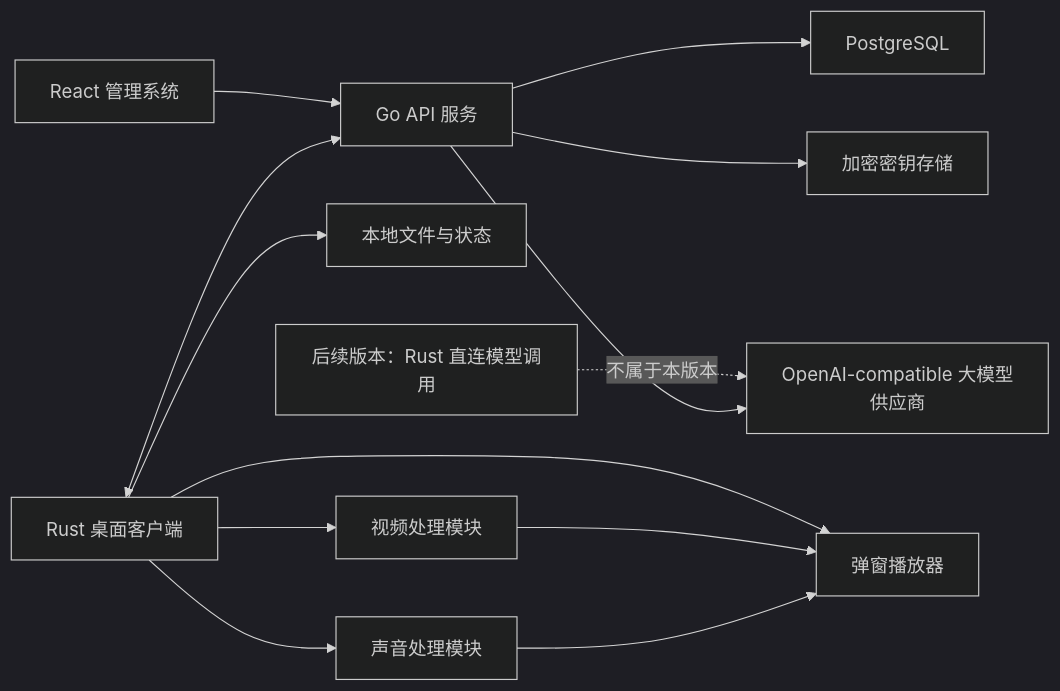
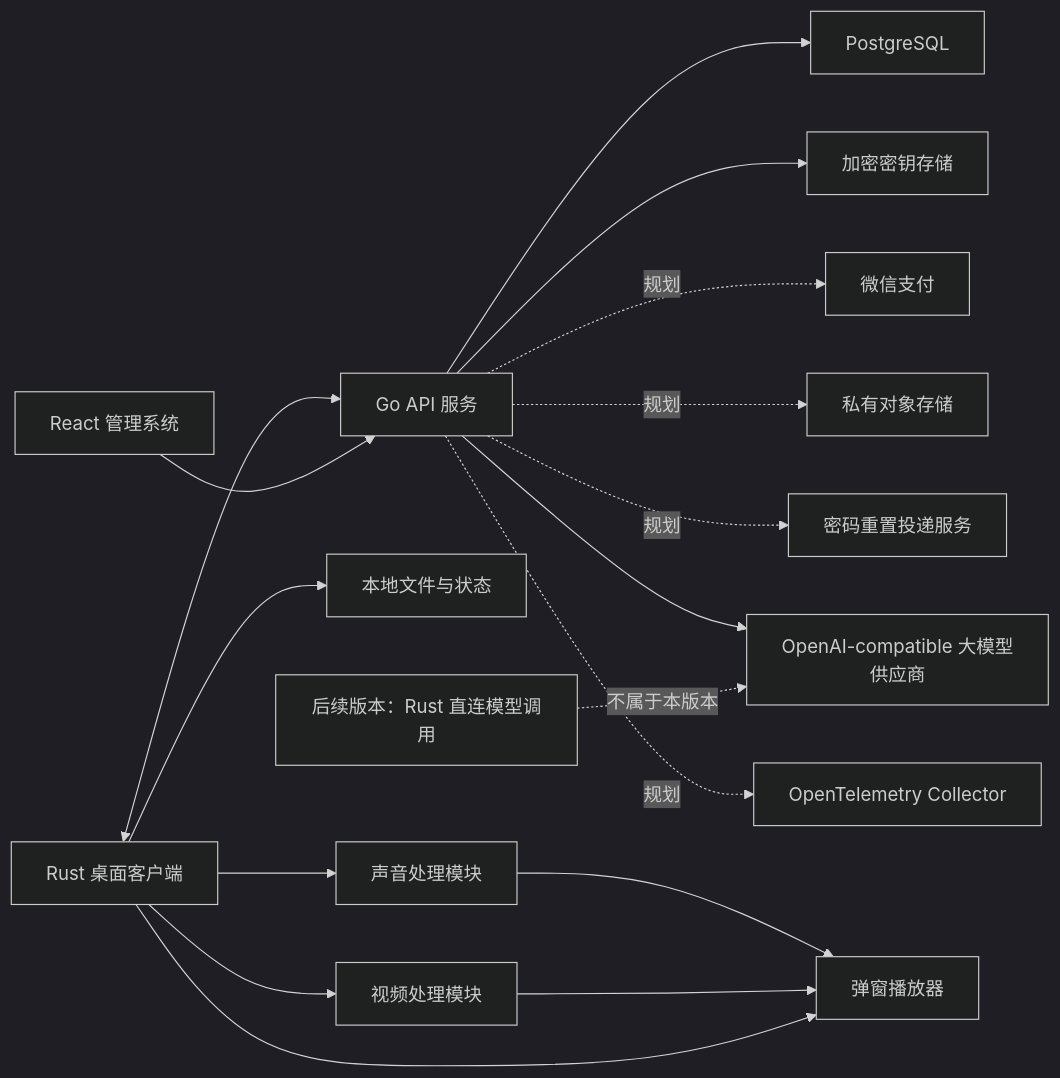
The diagram in 系统架构总览.md (asd494235908/autolive), drawn with Mermaid (dark theme) before and after one commit. The commit also changed other lines of this file and 19 other files, not shown here.

````diff
--- a/系统架构总览.md
+++ b/系统架构总览.md
@@ -16,15 +17,19 @@
 ```mermaid
 flowchart LR
     Admin["React 管理系统"] --> API["Go API 服务"]
     API --> DB["PostgreSQL"]
     API --> Secret["加密密钥存储"]
     Desktop["Rust 桌面客户端"] <--> API
     Desktop --> Local["本地文件与状态"]
     Desktop --> Player["弹窗播放器"]
     Desktop --> VideoEffects["视频处理模块"]
     Desktop --> AudioEffects["声音处理模块"]
     VideoEffects --> Player
     AudioEffects --> Player
     FutureRustModel["后续版本：Rust 直连模型调用"] -.不属于本版本.-> Provider["OpenAI-compatible 大模型供应商"]
     API --> Provider
+    API -.规划.-> Pay["微信支付"]
+    API -.规划.-> ObjectStore["私有对象存储"]
+    API -.规划.-> Delivery["密码重置投递服务"]
+    API -.规划.-> OTLP["OpenTelemetry Collector"]
 ```
````
